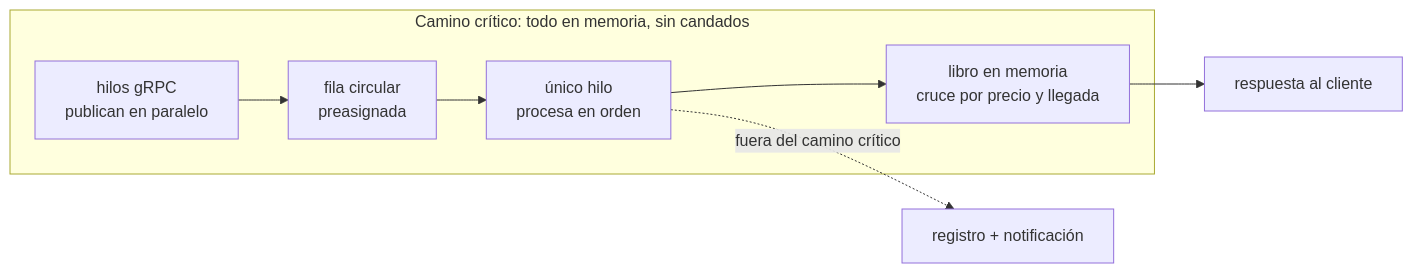
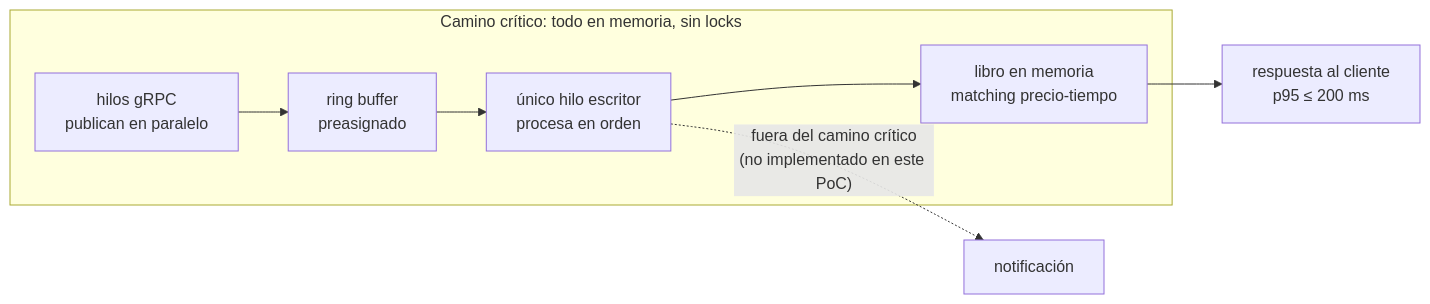
Before and after one commit to MATI-MBIT/arqsoft-reto-1: the second of 5 diagrams in docs/experimentov3.md, drawn with Mermaid. The commit also changed other lines of this file, not shown here.

````diff
--- a/docs/experimentov3.md
+++ b/docs/experimentov3.md
@@ -37,8 +37,8 @@
 ```mermaid
 flowchart LR
-    subgraph CC["Camino crítico: todo en memoria, sin candados"]
-      T["hilos gRPC\npublican en paralelo"] --> RB["fila circular\npreasignada"] --> W["único hilo\nprocesa en orden"] --> L["libro en memoria\ncruce por precio y llegada"]
+    subgraph CC["Camino crítico: todo en memoria, sin locks"]
+      T["hilos gRPC\npublican en paralelo"] --> RB["ring buffer\npreasignado"] --> W["único hilo escritor\nprocesa en orden"] --> L["libro en memoria\nmatching precio-tiempo"]
     end
-    L --> Rta["respuesta al cliente"]
-    W -.->|"fuera del camino crítico"| J["registro + notificación"]
+    L --> Rta["respuesta al cliente\np95 ≤ 200 ms"]
+    W -.->|"fuera del camino crítico\n(no implementado en este PoC)"| J["notificación"]
 ```
````
